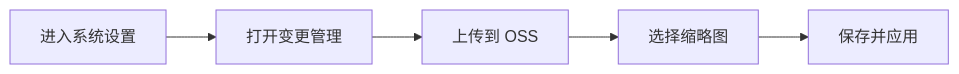
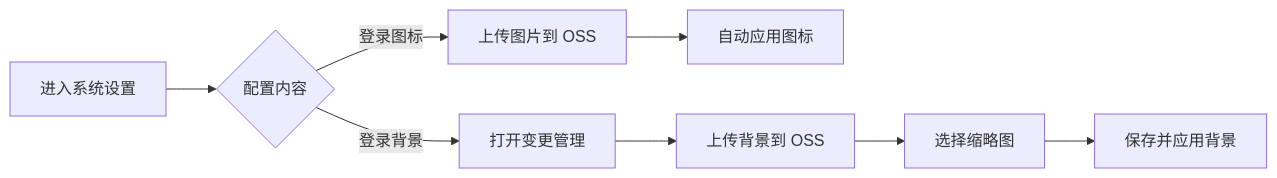
The fourth of 4 diagrams in docs/PRODUCT-MANUAL.md (WangMi2022/YuYuan-Pass-System), drawn with Mermaid before and after one commit. The commit also changed other lines of this file and 4 other files, not shown here.

````diff
--- a/docs/PRODUCT-MANUAL.md
+++ b/docs/PRODUCT-MANUAL.md
@@ -148,7 +157,10 @@
 ```mermaid
 flowchart LR
-    A[进入系统设置] --> B[打开变更管理]
-    B --> C[上传到 OSS]
-    C --> D[选择缩略图]
-    D --> E[保存并应用]
+    A[进入系统设置] --> B{配置内容}
+    B -->|登录图标| C[上传图片到 OSS]
+    C --> D[自动应用图标]
+    B -->|登录背景| E[打开变更管理]
+    E --> F[上传背景到 OSS]
+    F --> G[选择缩略图]
+    G --> H[保存并应用背景]
 ```
````
